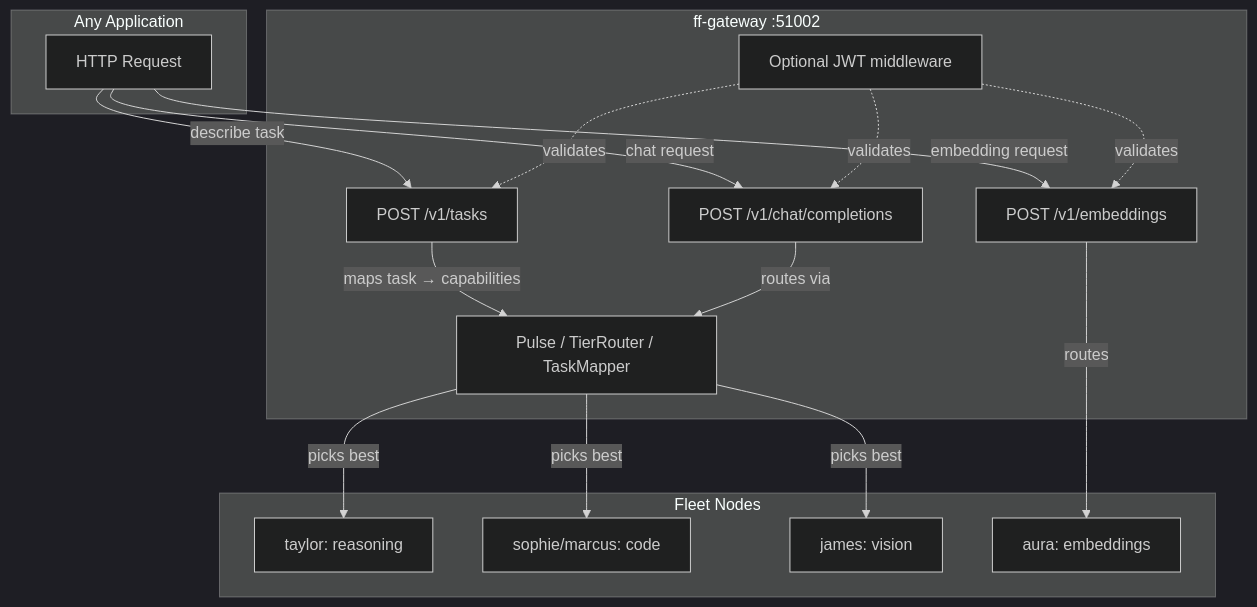
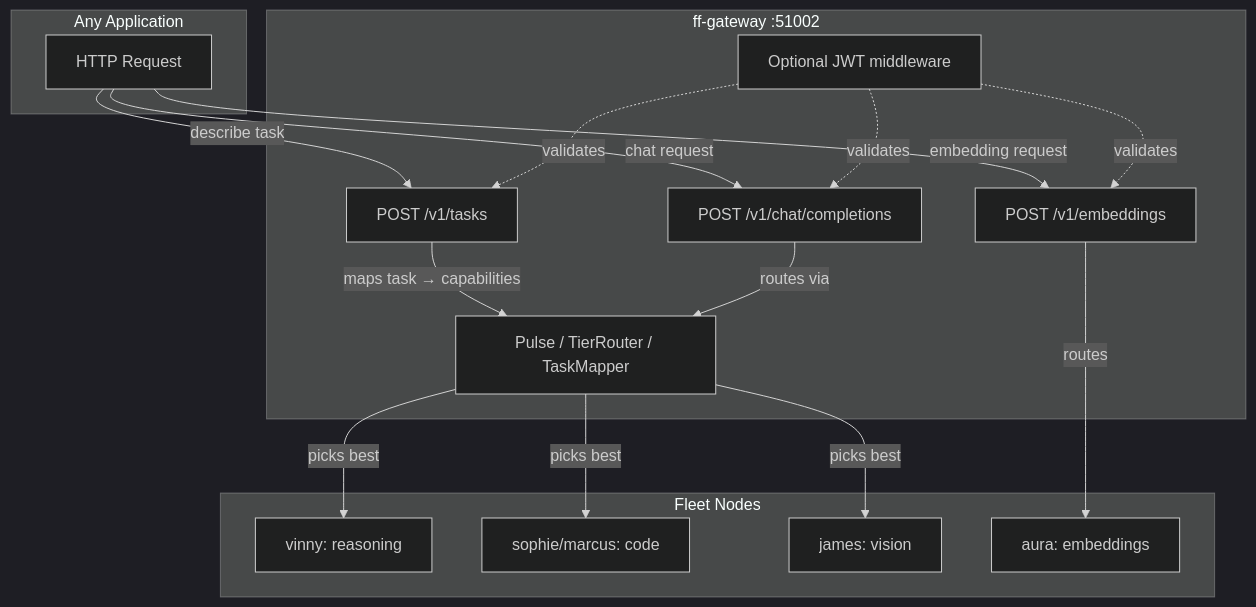
The diagram in docs/FLEET_CAPABILITY_ROUTING.md (venkatyarl/forge-fleet), drawn with Mermaid (dark theme) before and after one commit. The commit also changed other lines of this file and 53 other files, not shown here.

First line of the commit message:
refactor(fleet): deeper taylor→vinny rename — scripts, deploy/HA, docs, dashboard, sql

````diff
--- a/docs/FLEET_CAPABILITY_ROUTING.md
+++ b/docs/FLEET_CAPABILITY_ROUTING.md
@@ -230,34 +230,34 @@
 ```mermaid
 flowchart TB
     subgraph Client["Any Application"]
         A[HTTP Request]
     end
 
     subgraph Gateway["ff-gateway :51002"]
         T["POST /v1/tasks"]
         B["POST /v1/chat/completions"]
         C["POST /v1/embeddings"]
         D["Optional JWT middleware"]
         E["Pulse / TierRouter / TaskMapper"]
     end
 
     subgraph Fleet["Fleet Nodes"]
-        F["taylor: reasoning"]
+        F["vinny: reasoning"]
         G["sophie/marcus: code"]
         H["james: vision"]
         I["aura: embeddings"]
     end
 
     A -->|describe task| T
     A -->|chat request| B
     A -->|embedding request| C
     D -.->|validates| T
     D -.->|validates| B
     D -.->|validates| C
     T -->|maps task → capabilities| E
     B -->|routes via| E
     E -->|picks best| F
     E -->|picks best| G
     E -->|picks best| H
     C -->|routes| I
 ```
````
